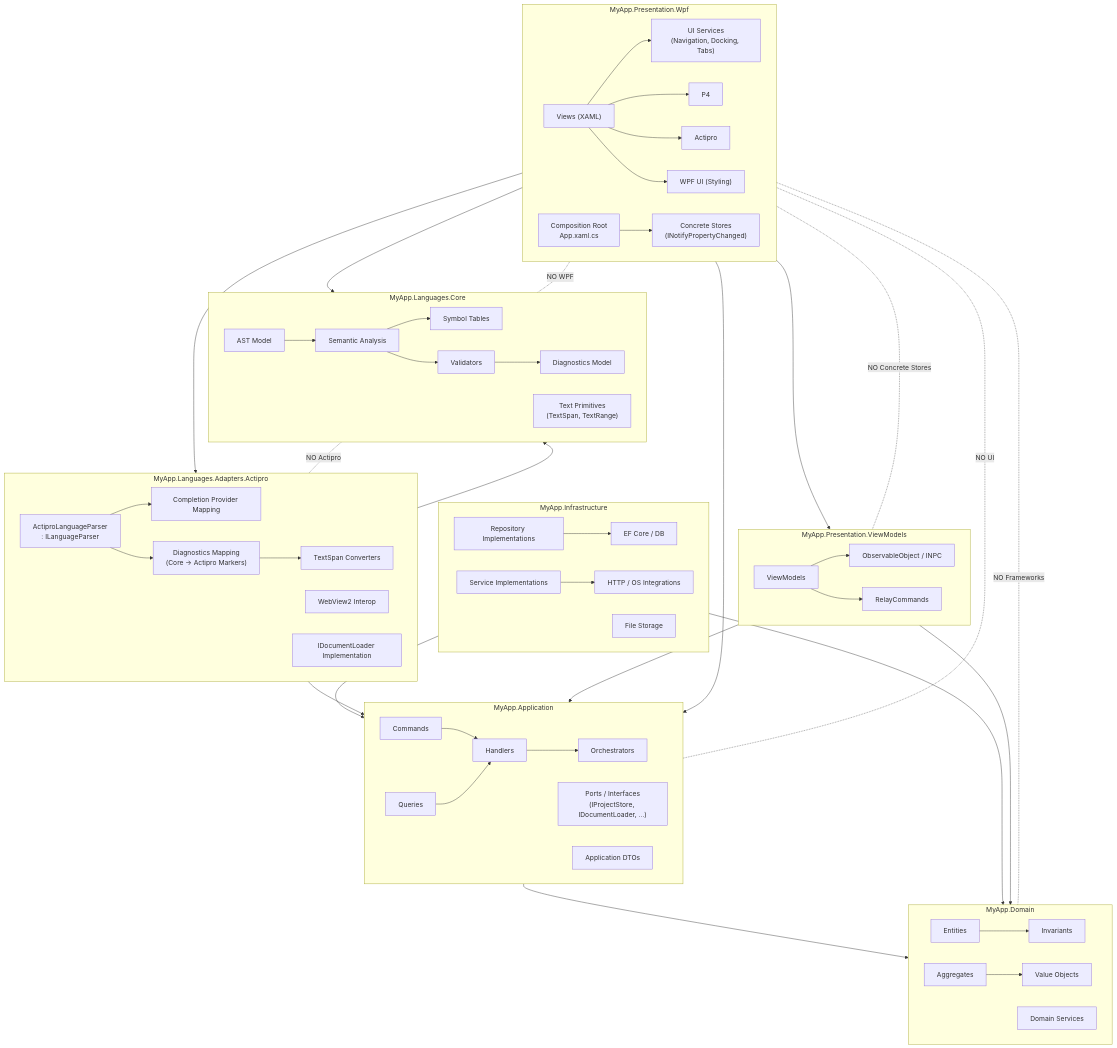
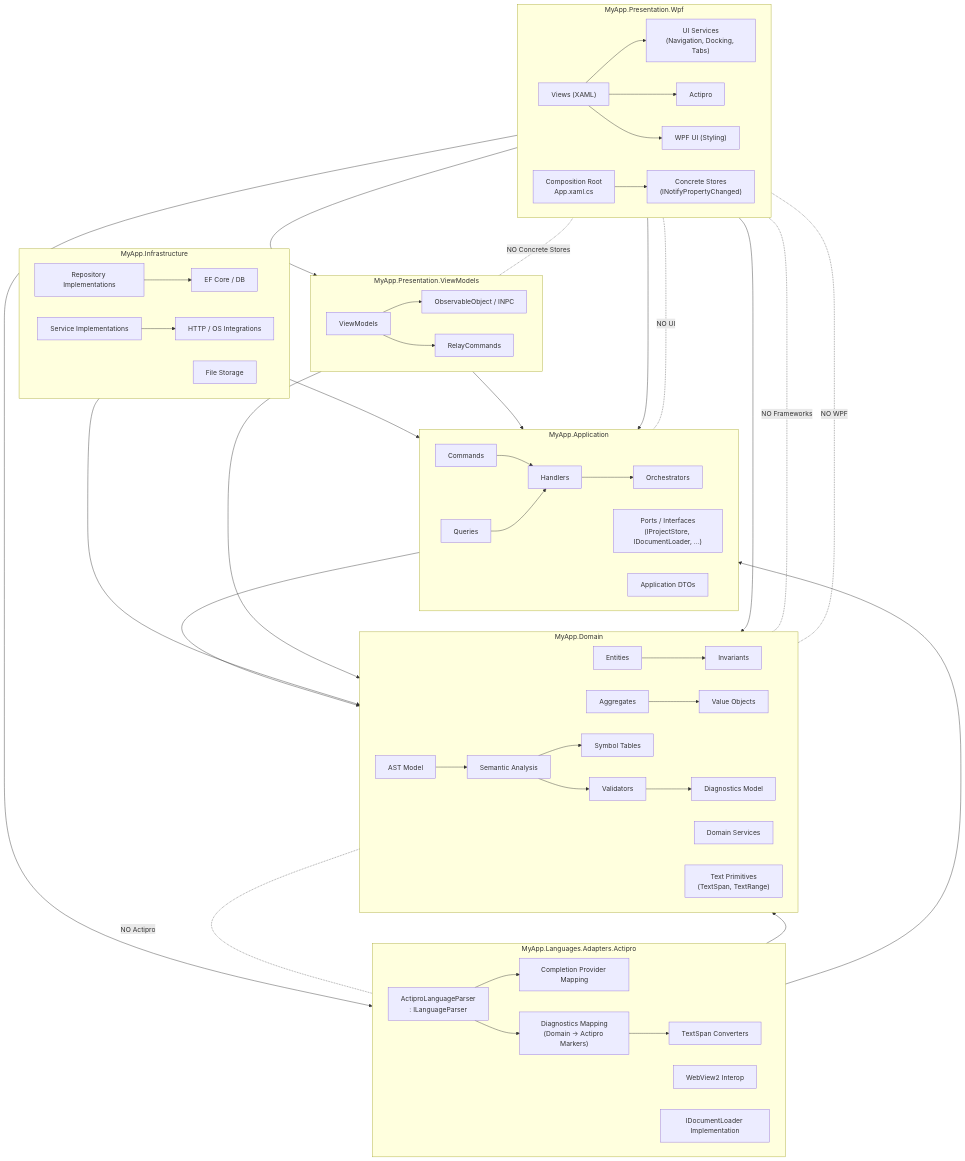
Before and after one commit to nubaum/blueprint: the diagram in README.md, drawn with Mermaid. The commit also changed other lines of this file and 45 other files, not shown here.

````diff
--- a/README.md
+++ b/README.md
@@ -242,6 +205,5 @@
 ```mermaid
 flowchart TB
-
 %% =========================
 %% DOMAIN
 %% =========================
@@ -251,9 +213,19 @@
     D3["Aggregates"]
     D4["Domain Services"]
     D5["Invariants"]
+    D6["AST Model"]
+    D7["Semantic Analysis"]
+    D8["Symbol Tables"]
+    D9["Validators"]
+    D10["Diagnostics Model"]
+    D11["Text Primitives<br/>(TextSpan, TextRange)"]
 
     D1 --> D5
     D3 --> D2
+    D6 --> D7
+    D7 --> D8
+    D7 --> D9
+    D9 --> D10
 end
 
 %% =========================
@@ -273,23 +245,6 @@
 end
 
 Application --> Domain
-
-%% =========================
-%% LANGUAGE CORE
-%% =========================
-subgraph LangCore["MyApp.Languages.Core"]
-    LC1["AST Model"]
-    LC2["Semantic Analysis"]
-    LC3["Symbol Tables"]
-    LC4["Validators"]
-    LC5["Diagnostics Model"]
-    LC6["Text Primitives<br/>(TextSpan, TextRange)"]
-
-    LC1 --> LC2
-    LC2 --> LC3
-    LC2 --> LC4
-    LC4 --> LC5
-end
 
 %% =========================
 %% INFRASTRUCTURE
@@ -314,7 +269,7 @@
 subgraph ActiproAdapter["MyApp.Languages.Adapters.Actipro"]
     M1["ActiproLanguageParser<br/>: ILanguageParser"]
     M2["Completion Provider Mapping"]
-    M3["Diagnostics Mapping<br/>(Core → Actipro Markers)"]
+    M3["Diagnostics Mapping<br/>(Domain → Actipro Markers)"]
     M4["TextSpan Converters"]
     M5["WebView2 Interop"]
     M6["IDocumentLoader Implementation"]
@@ -324,7 +279,7 @@
     M3 --> M4
 end
 
-ActiproAdapter --> LangCore
+ActiproAdapter --> Domain
 ActiproAdapter --> Application
 
 %% =========================
@@ -354,7 +309,6 @@
     P7["Composition Root<br/>App.xaml.cs"]
 
     P1 --> P3
-    P1 --> P4
     P1 --> P5
     P1 --> P6
     P7 --> P2
@@ -362,7 +316,7 @@
 
 PresentationWpf --> ViewModels
 PresentationWpf --> Application
-PresentationWpf --> LangCore
+PresentationWpf --> Domain
 PresentationWpf --> ActiproAdapter
 
 %% =========================
@@ -370,8 +324,8 @@
 %% =========================
 
 Domain -. NO Frameworks .- PresentationWpf
-LangCore -. NO Actipro .- ActiproAdapter
-LangCore -. NO WPF .- PresentationWpf
+Domain -. NO Actipro .- ActiproAdapter
+Domain -. NO WPF .- PresentationWpf
 Application -. NO UI .- PresentationWpf
 ViewModels -. NO Concrete Stores .- PresentationWpf
 ```
````
